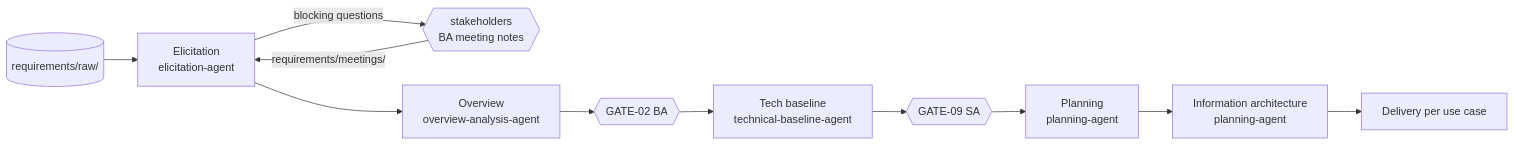
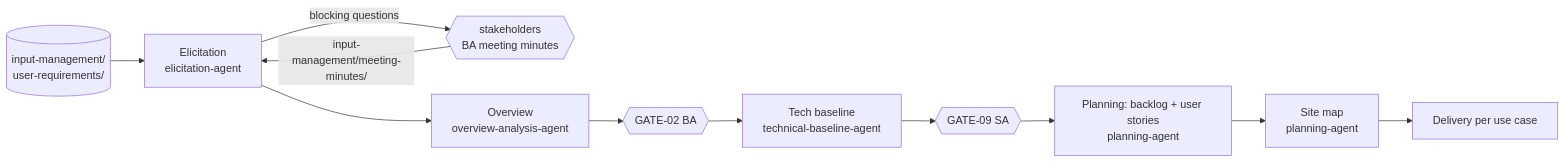
One commit to VietNgoDinh/Leave-Management-System-Updated-with-Fsoft-SRS- changed the first of 2 diagrams in ba-ai/workflow/workflow.md. Above: the diagram before and after it, drawn with Mermaid. The commit also changed other lines of this file and 142 other files, not shown here.

````diff
--- a/ba-ai/workflow/workflow.md
+++ b/ba-ai/workflow/workflow.md
@@ -25,13 +27,13 @@
 ```mermaid
 flowchart LR
-  R[(requirements/raw/)] --> E[Elicitation<br/>elicitation-agent]
-  E -->|blocking questions| W{{stakeholders<br/>BA meeting notes}}
-  W -->|requirements/meetings/| E
+  R[(input-management/<br/>user-requirements/)] --> E[Elicitation<br/>elicitation-agent]
+  E -->|blocking questions| W{{stakeholders<br/>BA meeting minutes}}
+  W -->|input-management/meeting-minutes/| E
   E --> O[Overview<br/>overview-analysis-agent]
   O --> G2{{GATE-02 BA}}
   G2 --> T[Tech baseline<br/>technical-baseline-agent]
   T --> G9{{GATE-09 SA}}
-  G9 --> P[Planning<br/>planning-agent]
-  P --> IA[Information architecture<br/>planning-agent]
+  G9 --> P[Planning: backlog + user stories<br/>planning-agent]
+  P --> IA[Site map<br/>planning-agent]
   IA --> D[Delivery per use case]
 ```
````
